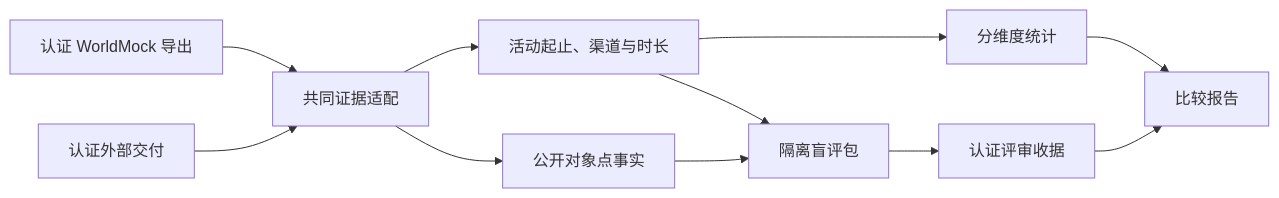
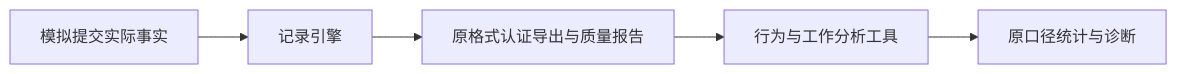
One commit to HoldThatThgt/WorldMock changed the diagram in docs/design/07-evaluation.md. Above: the diagram before and after it, drawn with Mermaid. The commit also changed other lines of this file and 748 other files, not shown here.

````diff
--- a/docs/design/07-evaluation.md
+++ b/docs/design/07-evaluation.md
@@ -14,13 +17,7 @@
 ```mermaid
 flowchart LR
-    Export[认证 WorldMock 导出] --> Adapter[共同证据适配]
-    External[认证外部交付] --> Adapter
-    Adapter --> Timing[活动起止、渠道与时长]
-    Adapter --> Facts[公开对象点事实]
-    Timing --> Metrics[分维度统计]
-    Timing --> Review[隔离盲评包]
-    Facts --> Review
-    Review --> Receipts[认证评审收据]
-    Metrics --> Report[比较报告]
-    Receipts --> Report
+    Run[模拟提交实际事实] --> Recording[记录引擎]
+    Recording --> Export[原格式认证导出与质量报告]
+    Export --> Analysis[行为与工作分析工具]
+    Analysis --> Report[原口径统计与诊断]
 ```
````
